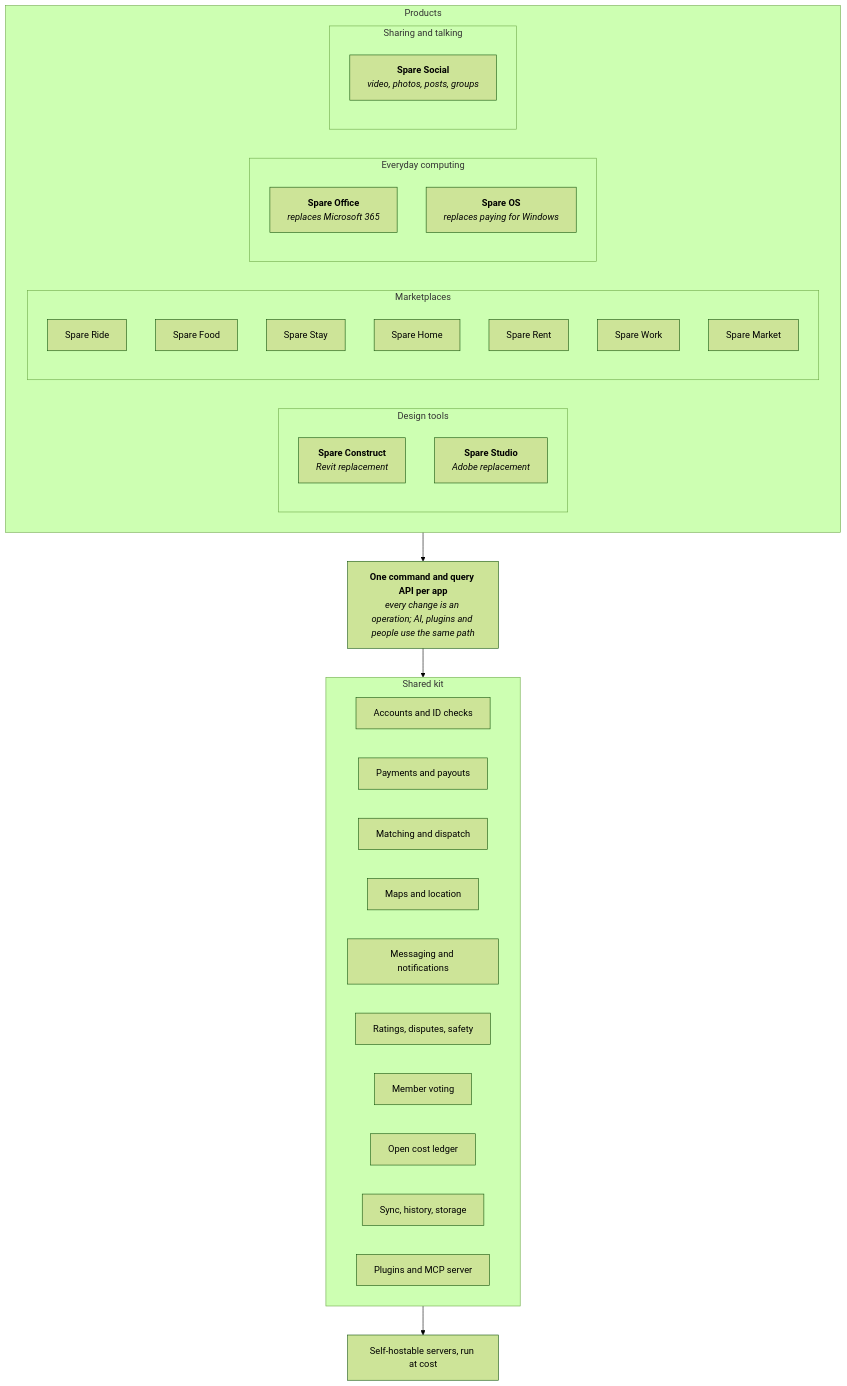
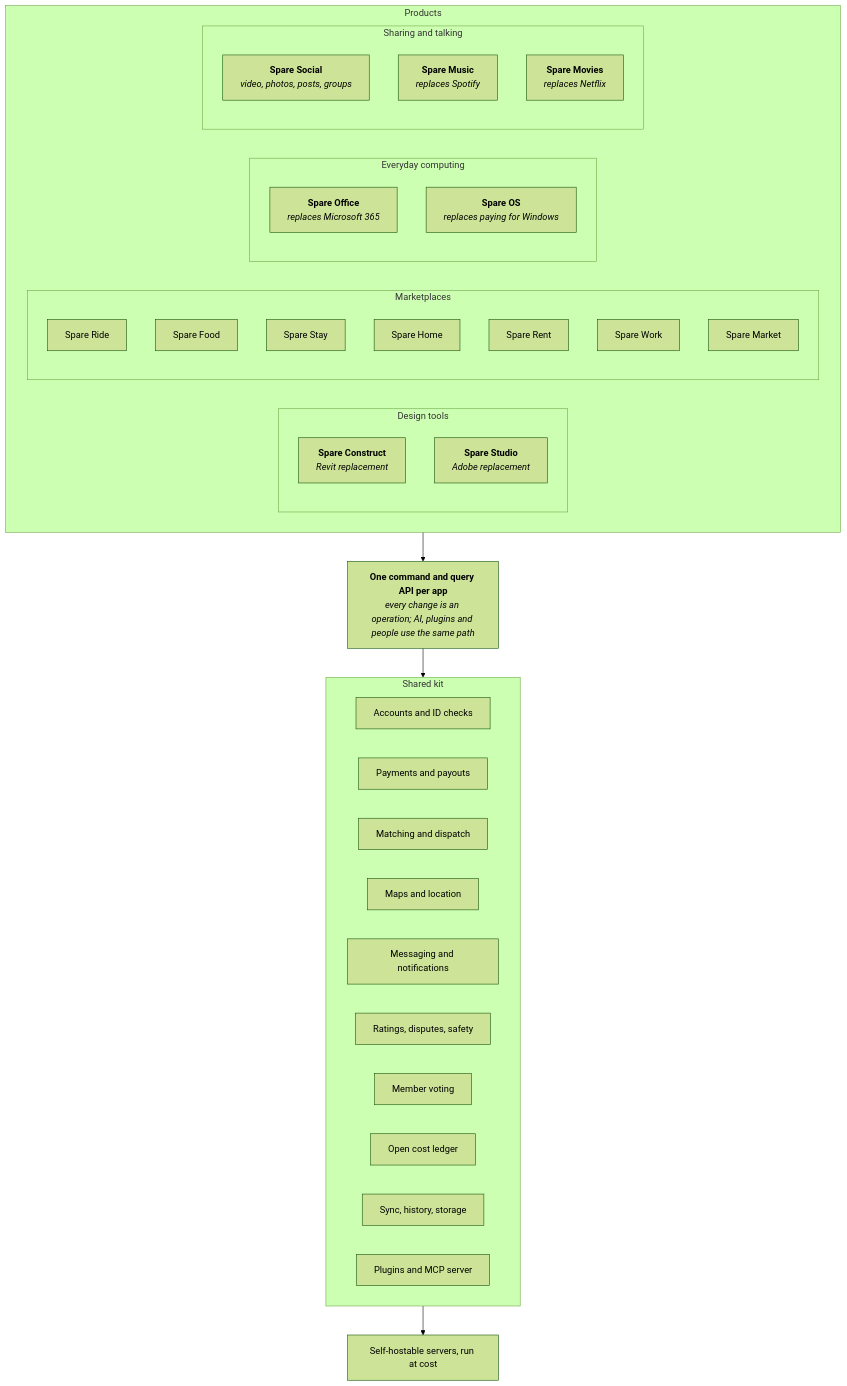
Before and after one commit to spareware-co-op/spareware: the first of 2 diagrams in ARCHITECTURE.md, drawn with Mermaid (forest theme). The commit also changed other lines of this file and 8 other files, not shown here.

Commit message:
Spare Music and Spare Movies added at the Idea stage, with how artists are paid and stopping copies to be decided

````diff
--- a/ARCHITECTURE.md
+++ b/ARCHITECTURE.md
@@ -7,47 +7,51 @@
 ```mermaid
 flowchart TB
   subgraph Products
     direction LR
     subgraph Design[Design tools]
       CONSTRUCT["`**Spare Construct**
 *Revit replacement*`"]
       CREATIVE["`**Spare Studio**
 *Adobe replacement*`"]
     end
     subgraph Markets[Marketplaces]
       RIDE[Spare Ride]
       FOOD[Spare Food]
       STAY[Spare Stay]
       HOME[Spare Home]
       RENT[Spare Rent]
       WORK[Spare Work]
       MARKET[Spare Market]
     end
     subgraph Compute[Everyday computing]
       OFFICEAPP["`**Spare Office**
 *replaces Microsoft 365*`"]
       OSAPP["`**Spare OS**
 *replaces paying for Windows*`"]
     end
     subgraph Social[Sharing and talking]
       SOCIALAPP["`**Spare Social**
 *video, photos, posts, groups*`"]
+      MUSICAPP["`**Spare Music**
+*replaces Spotify*`"]
+      MOVIESAPP["`**Spare Movies**
+*replaces Netflix*`"]
     end
   end
   API["`**One command and query API per app**
 *every change is an operation; AI, plugins and people use the same path*`"]
   subgraph Kit[Shared kit]
     ID[Accounts and ID checks]
     PAY[Payments and payouts]
     MATCH[Matching and dispatch]
     MAP[Maps and location]
     MSG[Messaging and notifications]
     TRUST[Ratings, disputes, safety]
     VOTE[Member voting]
     LEDGER[Open cost ledger]
     SYNC[Sync, history, storage]
     PLUG[Plugins and MCP server]
   end
   HOST[Self-hostable servers, run at cost]
   Products --> API --> Kit --> HOST
 ```
````
